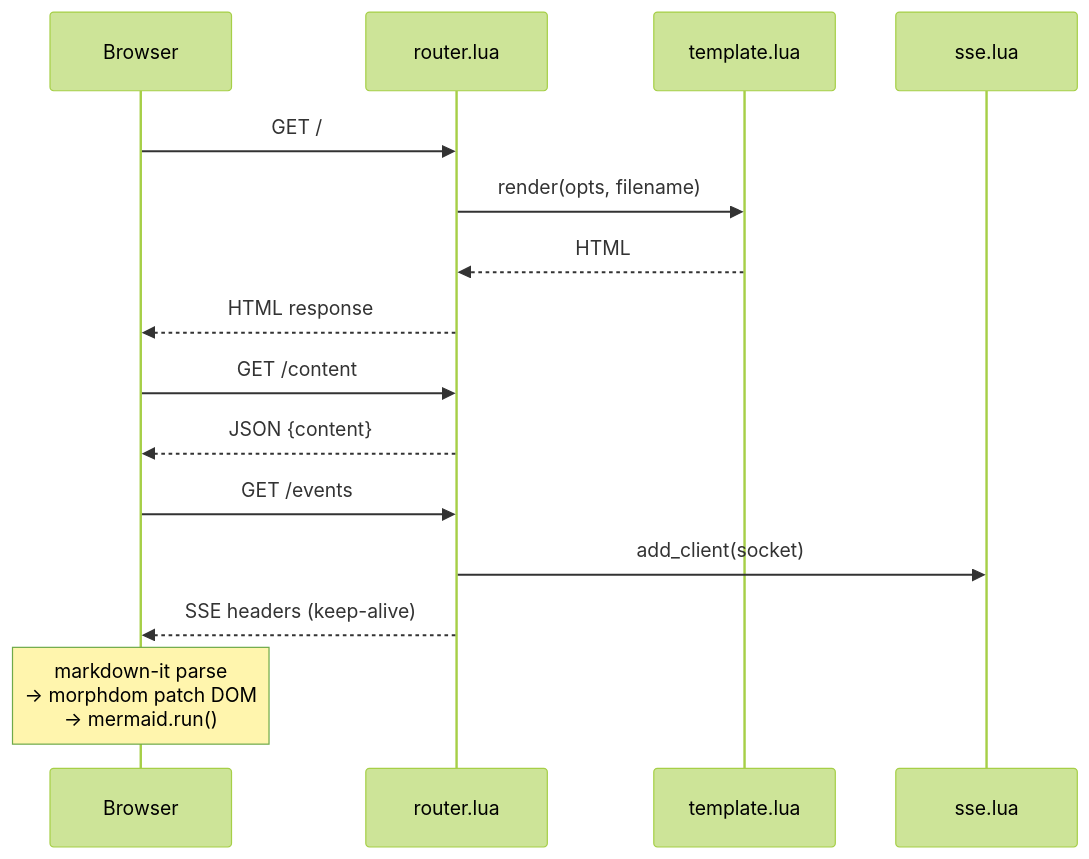
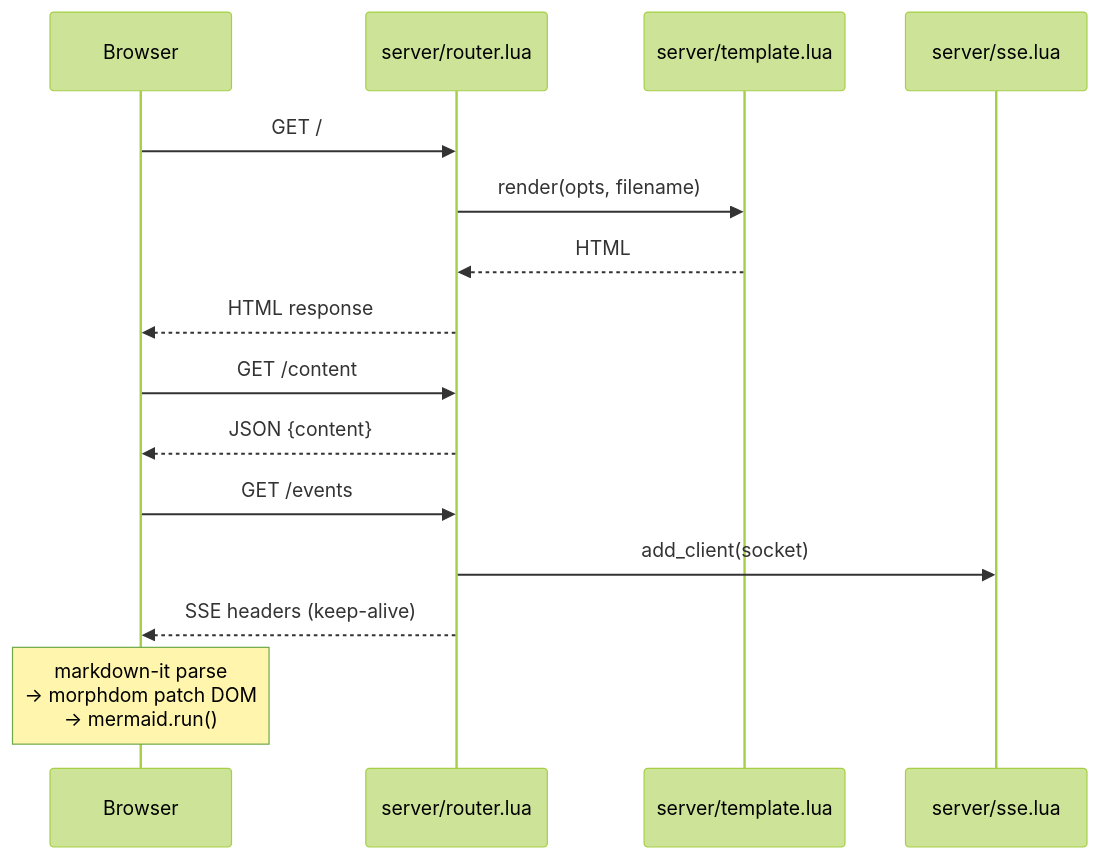
One commit to kcayme/md-view.nvim changed the third of 9 diagrams in docs/ARCHITECTURE.md. Above: the diagram before and after it, drawn with Mermaid (forest theme). The commit also changed other lines of this file and 17 other files, not shown here.

````diff
--- a/docs/ARCHITECTURE.md
+++ b/docs/ARCHITECTURE.md
@@ -103,21 +104,21 @@
 ```mermaid
 sequenceDiagram
     participant Browser
-    participant router as router.lua
-    participant template as template.lua
-    participant sse as sse.lua
+    participant router as server/router.lua
+    participant template as server/template.lua
+    participant sse as server/sse.lua
 
     Browser->>router: GET /
     router->>template: render(opts, filename)
     template-->>router: HTML
     router-->>Browser: HTML response
 
     Browser->>router: GET /content
     router-->>Browser: JSON {content}
 
     Browser->>router: GET /events
     router->>sse: add_client(socket)
     router-->>Browser: SSE headers (keep-alive)
 
     Note over Browser: markdown-it parse<br/>→ morphdom patch DOM<br/>→ mermaid.run()
 ```
````
